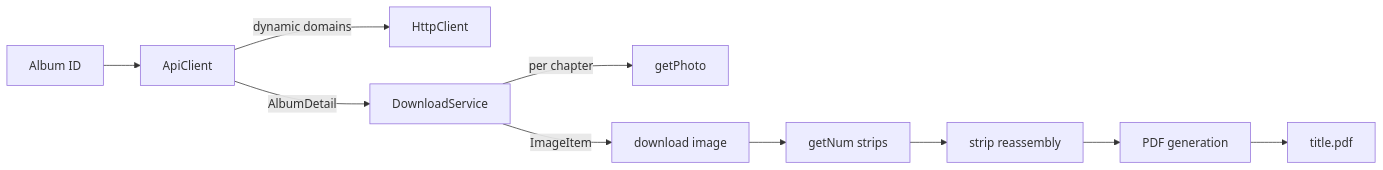
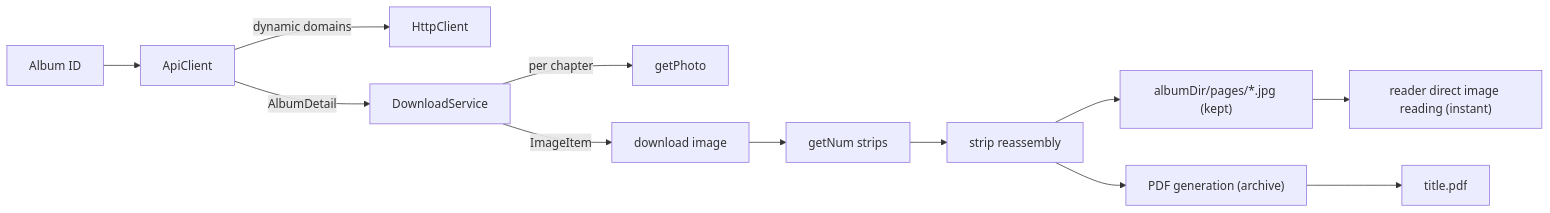
The second of 2 diagrams in docs/en/architecture/overview.md (aDarkMaker/JMFM), drawn with Mermaid before and after one commit. The commit also changed other lines of this file and 10 other files, not shown here.

Commit message:
docs: refresh architecture and changelog

````diff
--- a/docs/en/architecture/overview.md
+++ b/docs/en/architecture/overview.md
@@ -72,12 +76,14 @@
 ```mermaid
 flowchart LR
     id["Album ID"] --> api2["ApiClient"]
     api2 -->|"dynamic domains"| http["HttpClient"]
     api2 -->|"AlbumDetail"| svc["DownloadService"]
     svc -->|"per chapter"| ph["getPhoto"]
     svc -->|"ImageItem"| img["download image"]
     img --> num["getNum strips"]
     num --> dec["strip reassembly"]
-    dec --> pdf2["PDF generation"]
+    dec --> pages["albumDir/pages/*.jpg (kept)"]
+    pages --> read["reader direct image reading (instant)"]
+    dec --> pdf2["PDF generation (archive)"]
     pdf2 --> file["title.pdf"]
 ```
````
